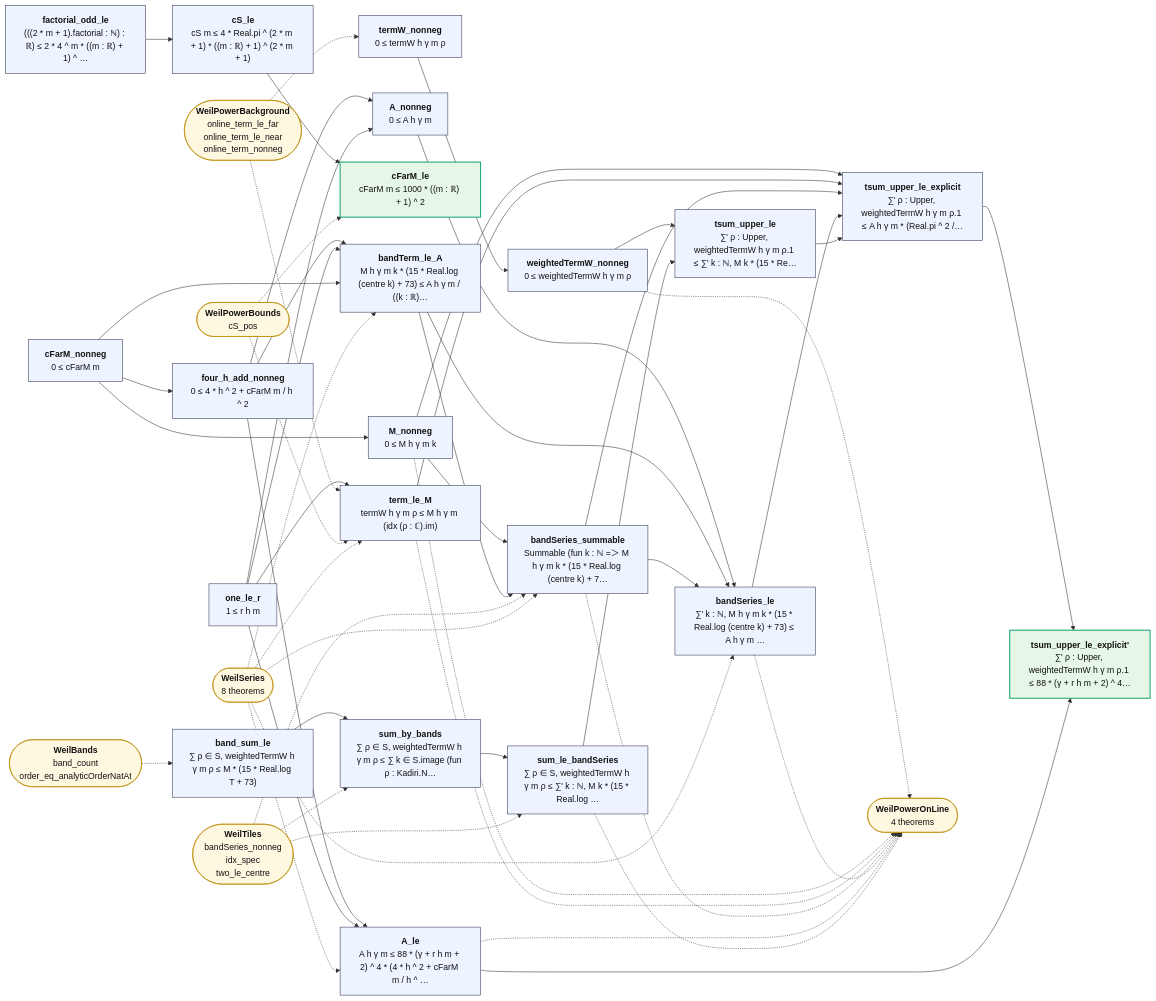
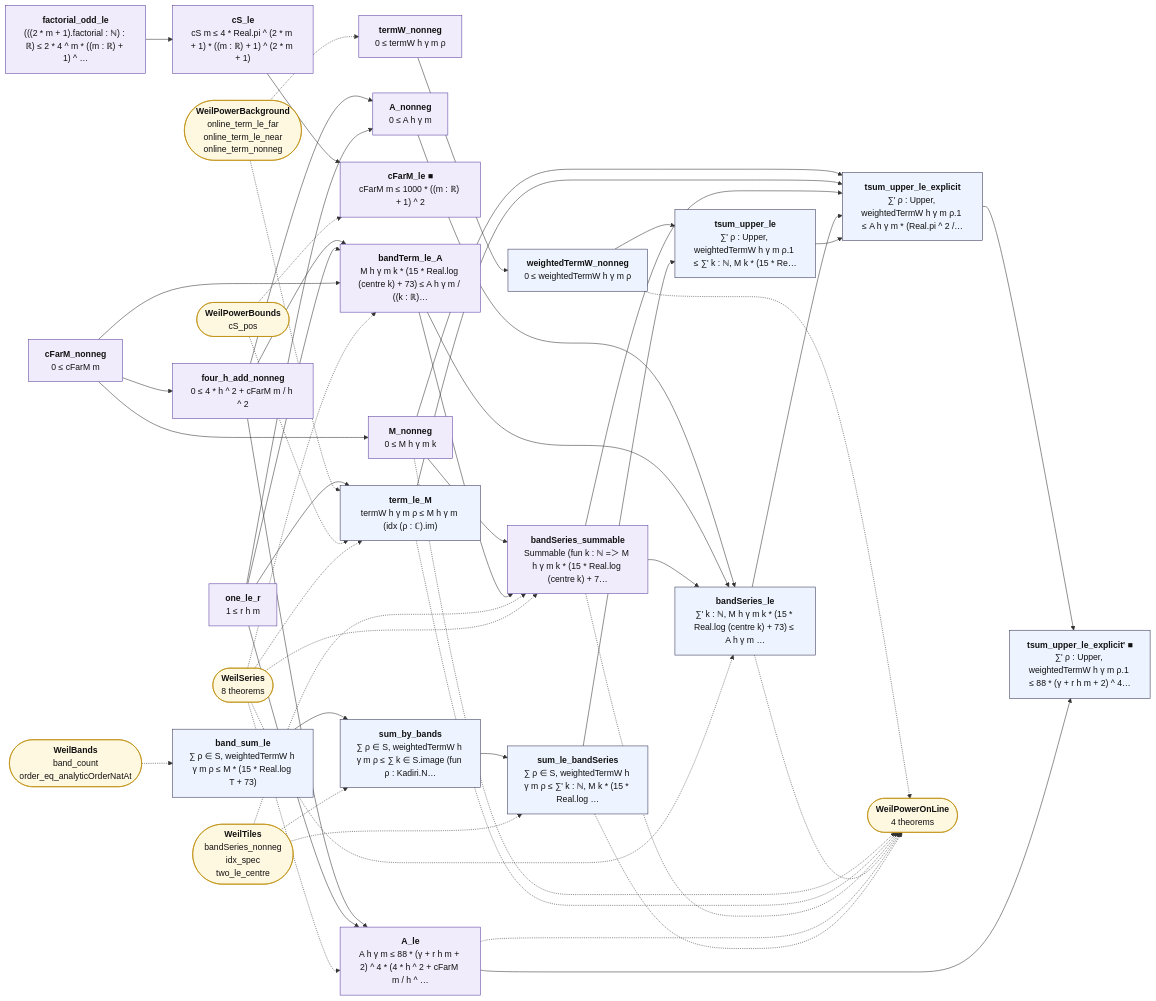
Before and after one commit to juliansambranojr/Primebeat_081426: the diagram in map/lean_stage3/WeilPowerBands.md, drawn with Mermaid. The commit also changed other lines of this file and 398 other files, not shown here.

````diff
--- a/map/lean_stage3/WeilPowerBands.md
+++ b/map/lean_stage3/WeilPowerBands.md
@@ -12,26 +12,26 @@
 ```mermaid
 flowchart LR
-  n0["<b>termW_nonneg</b><br/>0 ≤ termW h γ m ρ"]:::thm
+  n0["<b>termW_nonneg</b><br/>0 ≤ termW h γ m ρ"]:::shp
   n1["<b>weightedTermW_nonneg</b><br/>0 ≤ weightedTermW h γ m ρ"]:::thm
   n2["<b>band_sum_le</b><br/>∑ ρ ∈ S, weightedTermW h γ m ρ ≤ M * (15 * Real.log T + 73)"]:::thm
   n3["<b>sum_by_bands</b><br/>∑ ρ ∈ S, weightedTermW h γ m ρ ≤ ∑ k ∈ S.image (fun ρ : Kadiri.N…"]:::thm
   n4["<b>sum_le_bandSeries</b><br/>∑ ρ ∈ S, weightedTermW h γ m ρ ≤ ∑' k : ℕ, M k * (15 * Real.log …"]:::thm
   n5["<b>tsum_upper_le</b><br/>∑' ρ : Upper, weightedTermW h γ m ρ.1 ≤ ∑' k : ℕ, M k * (15 * Re…"]:::thm
-  n6["<b>one_le_r</b><br/>1 ≤ r h m"]:::thm
-  n7["<b>cFarM_nonneg</b><br/>0 ≤ cFarM m"]:::thm
-  n8["<b>factorial_odd_le</b><br/>(((2 * m + 1).factorial : ℕ) : ℝ) ≤ 2 * 4 ^ m * ((m : ℝ) + 1) ^ …"]:::thm
-  n9["<b>cS_le</b><br/>cS m ≤ 4 * Real.pi ^ (2 * m + 1) * ((m : ℝ) + 1) ^ (2 * m + 1)"]:::thm
-  n10["<b>cFarM_le</b><br/>cFarM m ≤ 1000 * ((m : ℝ) + 1) ^ 2"]:::end_
-  n11["<b>M_nonneg</b><br/>0 ≤ M h γ m k"]:::thm
+  n6["<b>one_le_r</b><br/>1 ≤ r h m"]:::shp
+  n7["<b>cFarM_nonneg</b><br/>0 ≤ cFarM m"]:::shp
+  n8["<b>factorial_odd_le</b><br/>(((2 * m + 1).factorial : ℕ) : ℝ) ≤ 2 * 4 ^ m * ((m : ℝ) + 1) ^ …"]:::shp
+  n9["<b>cS_le</b><br/>cS m ≤ 4 * Real.pi ^ (2 * m + 1) * ((m : ℝ) + 1) ^ (2 * m + 1)"]:::shp
+  n10["<b>cFarM_le ■</b><br/>cFarM m ≤ 1000 * ((m : ℝ) + 1) ^ 2"]:::shp
+  n11["<b>M_nonneg</b><br/>0 ≤ M h γ m k"]:::shp
   n12["<b>term_le_M</b><br/>termW h γ m ρ ≤ M h γ m (idx (ρ : ℂ).im)"]:::thm
-  n13["<b>four_h_add_nonneg</b><br/>0 ≤ 4 * h ^ 2 + cFarM m / h ^ 2"]:::thm
-  n14["<b>A_nonneg</b><br/>0 ≤ A h γ m"]:::thm
-  n15["<b>bandTerm_le_A</b><br/>M h γ m k * (15 * Real.log (centre k) + 73) ≤ A h γ m / ((k : ℝ)…"]:::thm
-  n16["<b>bandSeries_summable</b><br/>Summable (fun k : ℕ =＞ M h γ m k * (15 * Real.log (centre k) + 7…"]:::thm
+  n13["<b>four_h_add_nonneg</b><br/>0 ≤ 4 * h ^ 2 + cFarM m / h ^ 2"]:::shp
+  n14["<b>A_nonneg</b><br/>0 ≤ A h γ m"]:::shp
+  n15["<b>bandTerm_le_A</b><br/>M h γ m k * (15 * Real.log (centre k) + 73) ≤ A h γ m / ((k : ℝ)…"]:::shp
+  n16["<b>bandSeries_summable</b><br/>Summable (fun k : ℕ =＞ M h γ m k * (15 * Real.log (centre k) + 7…"]:::shp
   n17["<b>bandSeries_le</b><br/>∑' k : ℕ, M h γ m k * (15 * Real.log (centre k) + 73) ≤ A h γ m …"]:::thm
   n18["<b>tsum_upper_le_explicit</b><br/>∑' ρ : Upper, weightedTermW h γ m ρ.1 ≤ A h γ m * (Real.pi ^ 2 /…"]:::thm
-  n19["<b>A_le</b><br/>A h γ m ≤ 88 * (γ + r h m + 2) ^ 4 * (4 * h ^ 2 + cFarM m / h ^ …"]:::thm
-  n20["<b>tsum_upper_le_explicit'</b><br/>∑' ρ : Upper, weightedTermW h γ m ρ.1 ≤ 88 * (γ + r h m + 2) ^ 4…"]:::end_
+  n19["<b>A_le</b><br/>A h γ m ≤ 88 * (γ + r h m + 2) ^ 4 * (4 * h ^ 2 + cFarM m / h ^ …"]:::shp
+  n20["<b>tsum_upper_le_explicit' ■</b><br/>∑' ρ : Upper, weightedTermW h γ m ρ.1 ≤ 88 * (γ + r h m + 2) ^ 4…"]:::thm
   x0(["<b>WeilPowerBackground</b><br/>online_term_le_far<br/>online_term_le_near<br/>online_term_nonneg"]):::ext
   x1(["<b>WeilPowerOnLine</b><br/>4 theorems"]):::ext
   x2(["<b>WeilBands</b><br/>band_count<br/>order_eq_analyticOrderNatAt"]):::ext
@@ -87,6 +87,9 @@
   x5 -.-> n16
   x5 -.-> n17
   x5 -.-> n19
+  classDef cnt fill:#dff5ec,stroke:#17694a,color:#111
+  classDef shp fill:#f1ecfb,stroke:#5b3fa0,color:#111
+  classDef rh fill:#ffe5e5,stroke:#c22,color:#111,stroke-width:2px
   classDef thm fill:#eef4ff,stroke:#335,color:#111
   classDef end_ fill:#e7f7e7,stroke:#2a7,color:#111,stroke-width:2px
   classDef lone fill:#fff,stroke:#999,color:#111,stroke-dasharray:4 3
````
